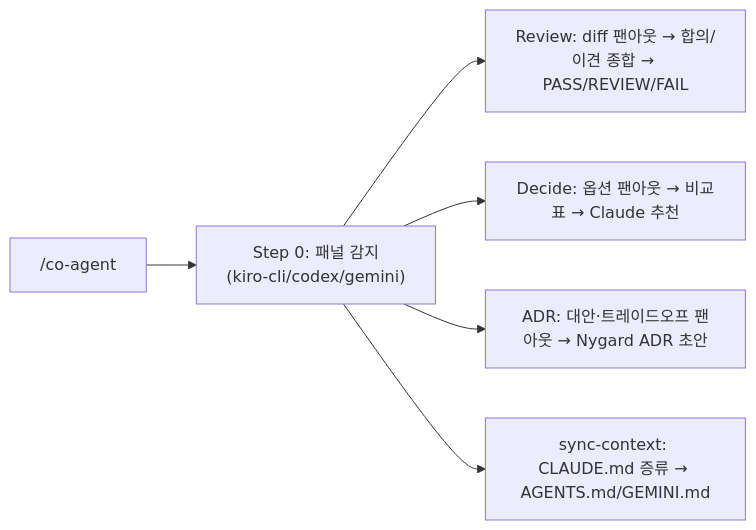
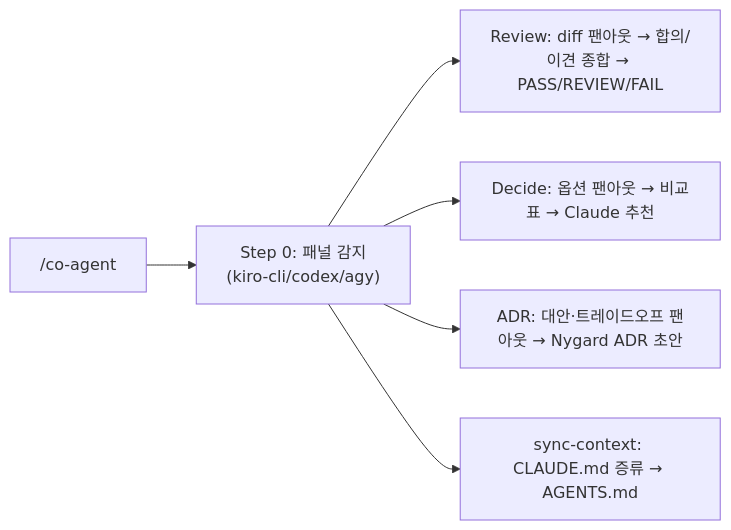
Before and after one commit to Atom-oh/oh-my-cloud-skills: the diagram in doc-sites/docs/co-agent/overview.md, drawn with Mermaid. The commit also changed other lines of this file and 37 other files, not shown here.

Commit message:
feat(co-agent): hybrid review gate + parallel implement waves, drop gemini (agy only) (#101)

````diff
--- a/doc-sites/docs/co-agent/overview.md
+++ b/doc-sites/docs/co-agent/overview.md
@@ -43,8 +46,8 @@
 ```mermaid
 flowchart LR
-    A["/co-agent"] --> P["Step 0: 패널 감지<br/>(kiro-cli/codex/gemini)"]
+    A["/co-agent"] --> P["Step 0: 패널 감지<br/>(kiro-cli/codex/agy)"]
     P --> R["Review: diff 팬아웃 → 합의/이견 종합 → PASS/REVIEW/FAIL"]
     P --> D["Decide: 옵션 팬아웃 → 비교표 → Claude 추천"]
     P --> ADR["ADR: 대안·트레이드오프 팬아웃 → Nygard ADR 초안"]
-    P --> S["sync-context: CLAUDE.md 증류 → AGENTS.md/GEMINI.md"]
+    P --> S["sync-context: CLAUDE.md 증류 → AGENTS.md"]
 ```
````
